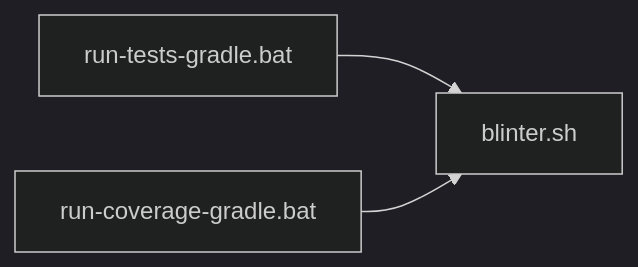
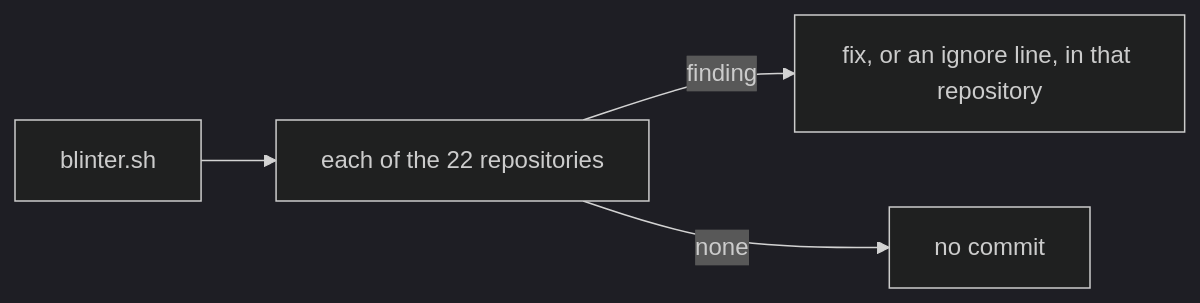
Before and after one commit to Klark-Morrigan/Common-Automation: the fifth of 7 diagrams in docs/dev/implementation/127-bat-lint/plan.md, drawn with Mermaid (dark theme). The commit also changed other lines of this file, not shown here.

````diff
--- a/docs/dev/implementation/127-bat-lint/plan.md
+++ b/docs/dev/implementation/127-bat-lint/plan.md
@@ -327,5 +329,6 @@
 ```mermaid
 flowchart LR
-    tests_launcher[run-tests-gradle.bat] --> runner[blinter.sh]
-    coverage_launcher[run-coverage-gradle.bat] --> runner
+    runner[blinter.sh] --> repos[each of the 22 repositories]
+    repos -->|finding| fix[fix, or an ignore line, in that repository]
+    repos -->|none| done[no commit]
 ```
````
